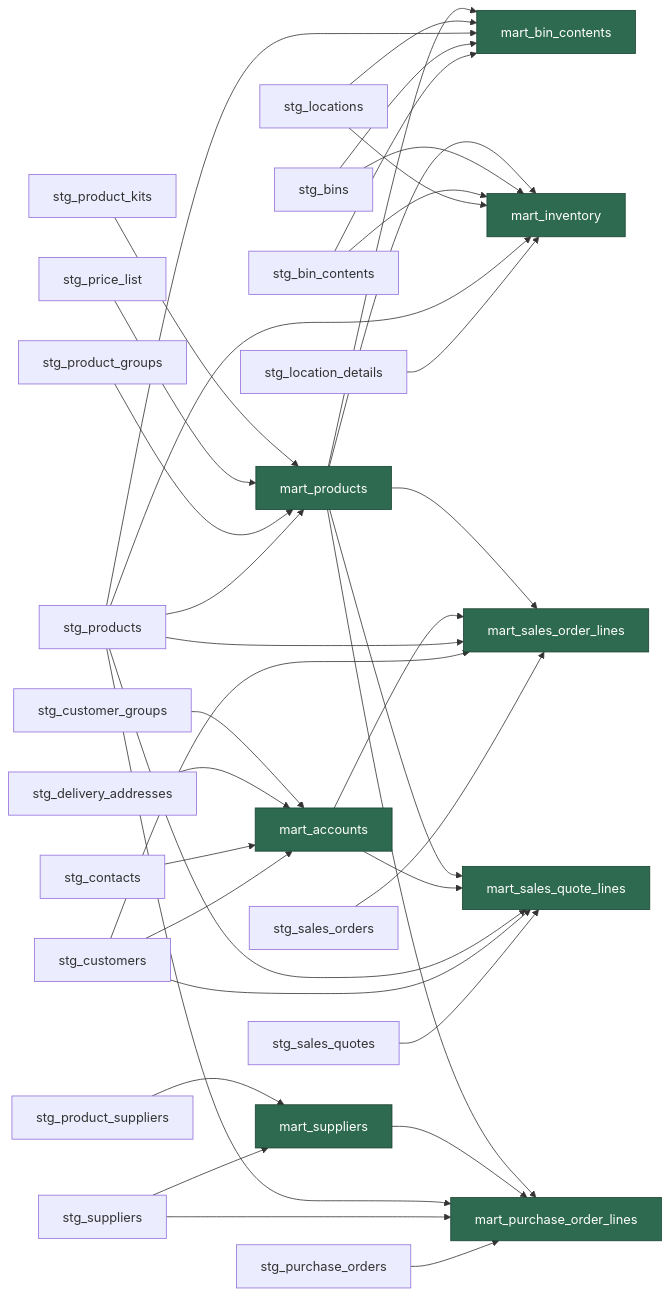
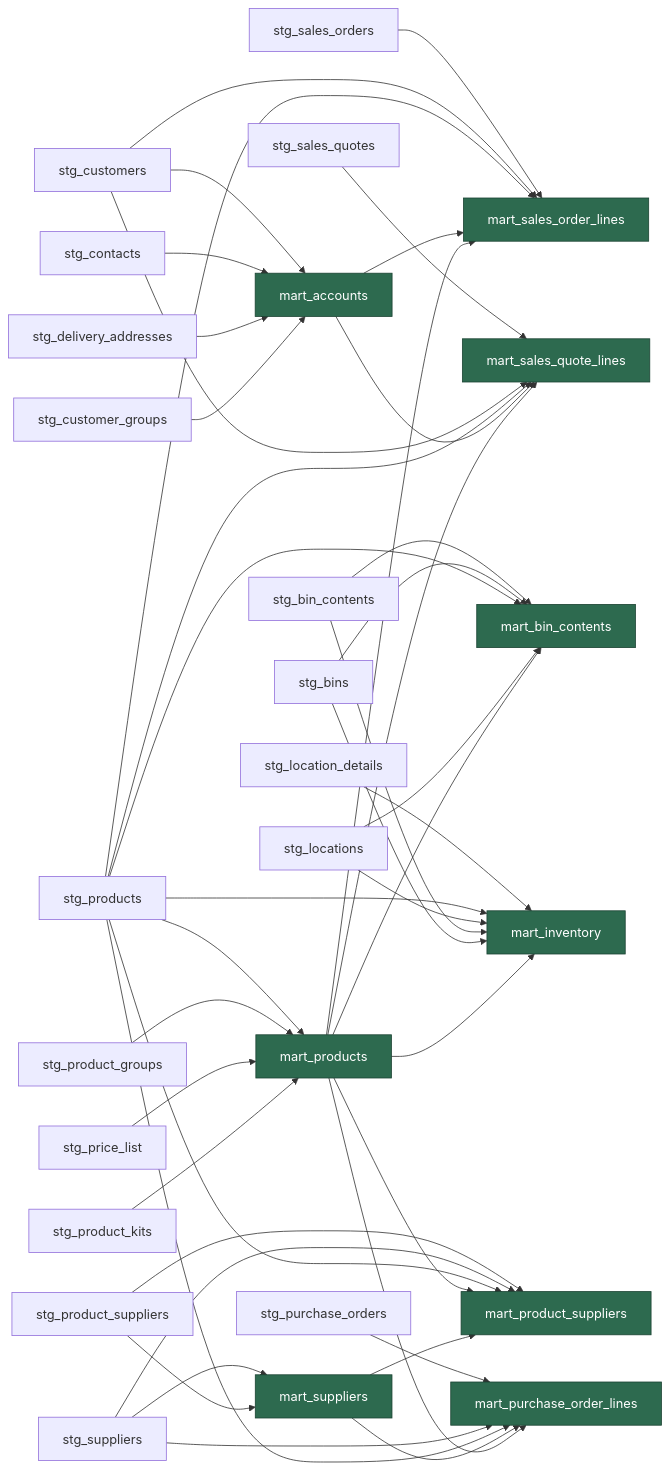
Before and after one commit to herobmdotcom/herobm: the diagram in docs/schema_reference.md, drawn with Mermaid. The commit also changed other lines of this file and 130 other files, not shown here.

````diff
--- a/docs/schema_reference.md
+++ b/docs/schema_reference.md
@@ -32,65 +32,71 @@
 ```mermaid
 graph LR
     stg_bin_contents["stg_bin_contents"]
     stg_bins["stg_bins"]
     stg_contacts["stg_contacts"]
     stg_customer_groups["stg_customer_groups"]
     stg_customers["stg_customers"]
     stg_delivery_addresses["stg_delivery_addresses"]
     stg_location_details["stg_location_details"]
     stg_locations["stg_locations"]
     stg_price_list["stg_price_list"]
     stg_product_groups["stg_product_groups"]
     stg_product_kits["stg_product_kits"]
     stg_product_suppliers["stg_product_suppliers"]
     stg_products["stg_products"]
     stg_purchase_orders["stg_purchase_orders"]
     stg_sales_orders["stg_sales_orders"]
     stg_sales_quotes["stg_sales_quotes"]
     stg_suppliers["stg_suppliers"]
     mart_accounts["mart_accounts"]:::mart
     mart_bin_contents["mart_bin_contents"]:::mart
     mart_inventory["mart_inventory"]:::mart
+    mart_product_suppliers["mart_product_suppliers"]:::mart
     mart_products["mart_products"]:::mart
     mart_purchase_order_lines["mart_purchase_order_lines"]:::mart
     mart_sales_order_lines["mart_sales_order_lines"]:::mart
     mart_sales_quote_lines["mart_sales_quote_lines"]:::mart
     mart_suppliers["mart_suppliers"]:::mart
     stg_customers --> mart_accounts
     stg_contacts --> mart_accounts
     stg_delivery_addresses --> mart_accounts
     stg_customer_groups --> mart_accounts
     stg_bin_contents --> mart_bin_contents
     stg_bins --> mart_bin_contents
     stg_products --> mart_bin_contents
     stg_locations --> mart_bin_contents
     mart_products --> mart_bin_contents
     stg_location_details --> mart_inventory
     stg_products --> mart_inventory
     stg_locations --> mart_inventory
     stg_bin_contents --> mart_inventory
     stg_bins --> mart_inventory
     mart_products --> mart_inventory
+    stg_product_suppliers --> mart_product_suppliers
+    stg_suppliers --> mart_product_suppliers
+    stg_products --> mart_product_suppliers
+    mart_products --> mart_product_suppliers
+    mart_suppliers --> mart_product_suppliers
     stg_products --> mart_products
     stg_product_groups --> mart_products
     stg_price_list --> mart_products
     stg_product_kits --> mart_products
     stg_purchase_orders --> mart_purchase_order_lines
     stg_suppliers --> mart_purchase_order_lines
     stg_products --> mart_purchase_order_lines
     mart_suppliers --> mart_purchase_order_lines
     mart_products --> mart_purchase_order_lines
     stg_sales_orders --> mart_sales_order_lines
     stg_customers --> mart_sales_order_lines
     stg_products --> mart_sales_order_lines
     mart_accounts --> mart_sales_order_lines
     mart_products --> mart_sales_order_lines
     stg_sales_quotes --> mart_sales_quote_lines
     stg_customers --> mart_sales_quote_lines
     stg_products --> mart_sales_quote_lines
     mart_accounts --> mart_sales_quote_lines
     mart_products --> mart_sales_quote_lines
     stg_suppliers --> mart_suppliers
     stg_product_suppliers --> mart_suppliers
     classDef mart fill:#2d6a4f,stroke:#1b4332,color:#fff
 ```
````
